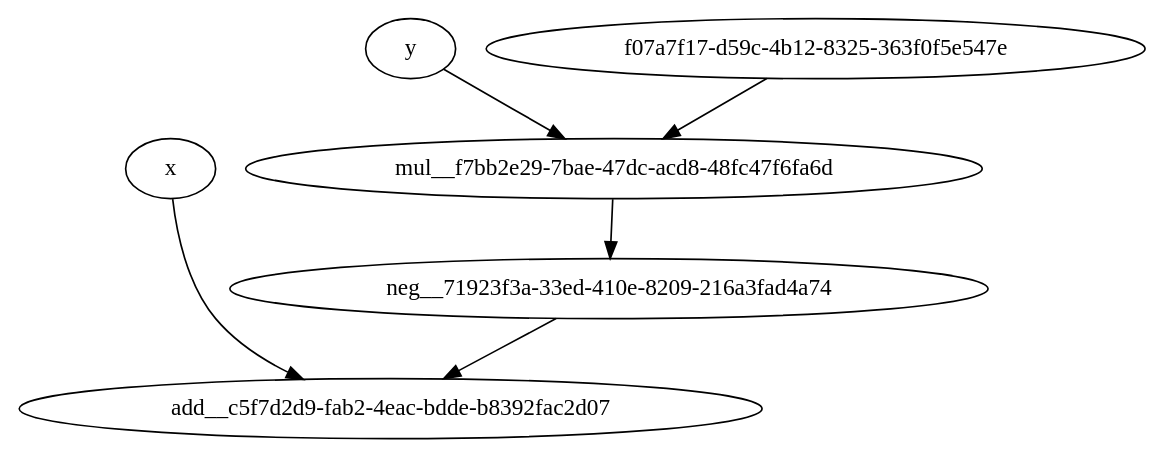
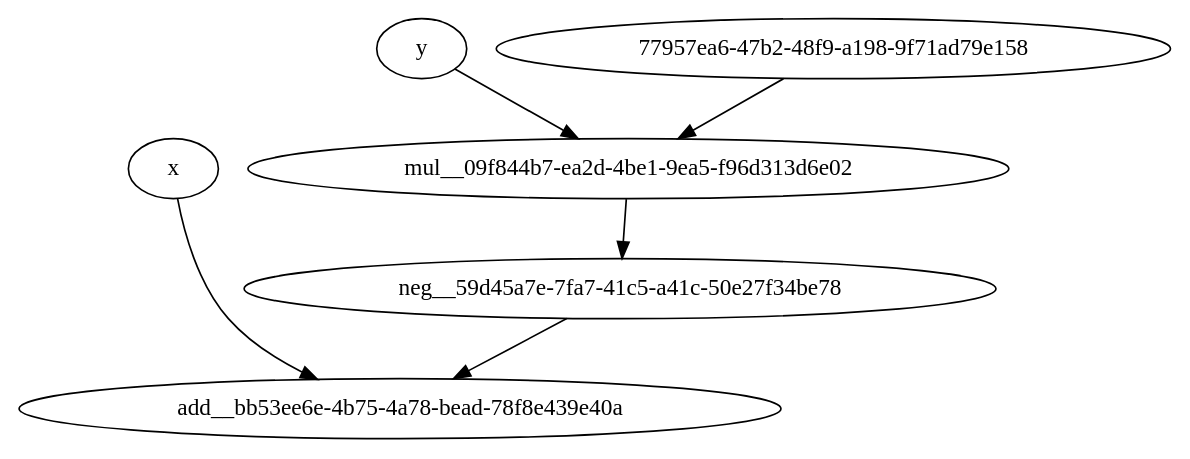
Before and after one commit to blokhinnv/algo: the diagram in graph_examples/graph2.gv, drawn with Graphviz. The commit also changed 3 other files, not shown here.

```diff
--- a/graph_examples/graph2.gv
+++ b/graph_examples/graph2.gv
@@ -1,25 +1,25 @@
 strict digraph {
 
-	"add__c5f7d2d9-fab2-4eac-bdde-b8392fac2d07" [  weight=0 ];
+	"add__bb53ee6e-4b75-4a78-bead-78f8e439e40a" [  weight=0 ];
 
 	"x" [  weight=0 ];
 
-	"x" -> "add__c5f7d2d9-fab2-4eac-bdde-b8392fac2d07" [  weight=0 ];
+	"x" -> "add__bb53ee6e-4b75-4a78-bead-78f8e439e40a" [  weight=0 ];
 
-	"neg__71923f3a-33ed-410e-8209-216a3fad4a74" [  weight=0 ];
+	"neg__59d45a7e-7fa7-41c5-a41c-50e27f34be78" [  weight=0 ];
 
-	"neg__71923f3a-33ed-410e-8209-216a3fad4a74" -> "add__c5f7d2d9-fab2-4eac-bdde-b8392fac2d07" [  weight=0 ];
+	"neg__59d45a7e-7fa7-41c5-a41c-50e27f34be78" -> "add__bb53ee6e-4b75-4a78-bead-78f8e439e40a" [  weight=0 ];
 
-	"mul__f7bb2e29-7bae-47dc-acd8-48fc47f6fa6d" [  weight=0 ];
+	"mul__09f844b7-ea2d-4be1-9ea5-f96d313d6e02" [  weight=0 ];
 
-	"mul__f7bb2e29-7bae-47dc-acd8-48fc47f6fa6d" -> "neg__71923f3a-33ed-410e-8209-216a3fad4a74" [  weight=0 ];
+	"mul__09f844b7-ea2d-4be1-9ea5-f96d313d6e02" -> "neg__59d45a7e-7fa7-41c5-a41c-50e27f34be78" [  weight=0 ];
 
 	"y" [  weight=0 ];
 
-	"y" -> "mul__f7bb2e29-7bae-47dc-acd8-48fc47f6fa6d" [  weight=0 ];
+	"y" -> "mul__09f844b7-ea2d-4be1-9ea5-f96d313d6e02" [  weight=0 ];
 
-	"f07a7f17-d59c-4b12-8325-363f0f5e547e" [  weight=0 ];
+	"77957ea6-47b2-48f9-a198-9f71ad79e158" [  weight=0 ];
 
-	"f07a7f17-d59c-4b12-8325-363f0f5e547e" -> "mul__f7bb2e29-7bae-47dc-acd8-48fc47f6fa6d" [  weight=0 ];
+	"77957ea6-47b2-48f9-a198-9f71ad79e158" -> "mul__09f844b7-ea2d-4be1-9ea5-f96d313d6e02" [  weight=0 ];
 
 }
```
